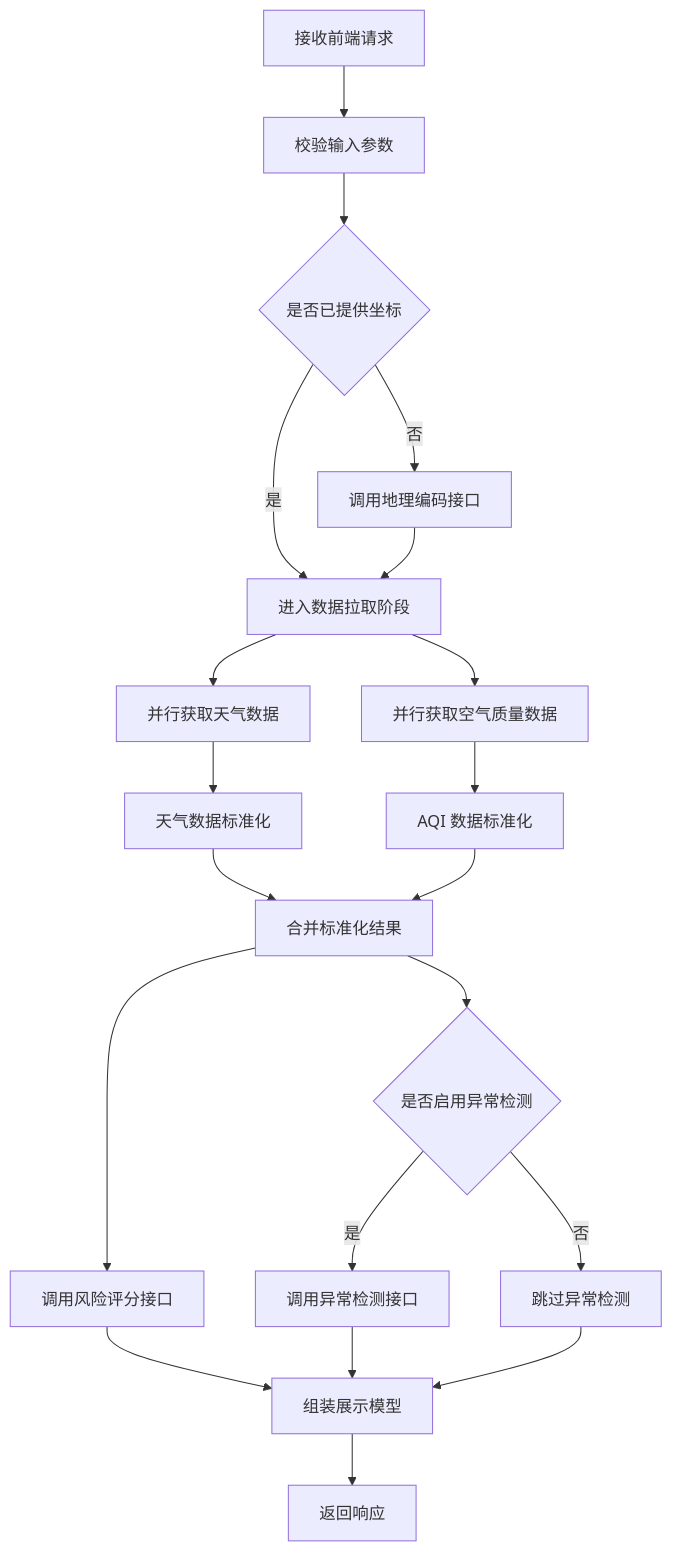
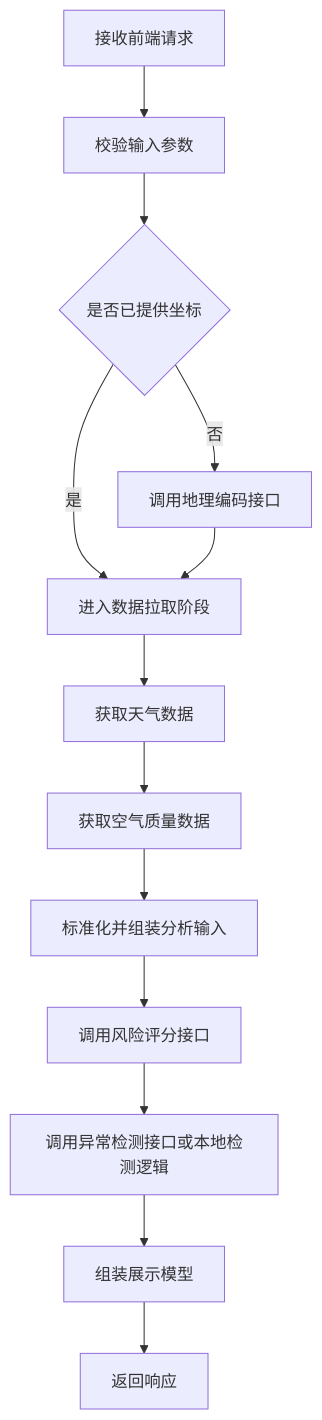
Before and after one commit to Ashleyjys/job: the diagram in docs/05-workflow-design.md, drawn with Mermaid. The commit also changed other lines of this file and 4 other files, not shown here.

````diff
--- a/docs/05-workflow-design.md
+++ b/docs/05-workflow-design.md
@@ -29,22 +42,15 @@
 ```mermaid
 flowchart TD
     A[接收前端请求] --> B[校验输入参数]
     B --> C{是否已提供坐标}
     C -- 否 --> D[调用地理编码接口]
     C -- 是 --> E[进入数据拉取阶段]
     D --> E
-    E --> F[并行获取天气数据]
-    E --> G[并行获取空气质量数据]
-    F --> H[天气数据标准化]
-    G --> I[AQI 数据标准化]
-    H --> J[合并标准化结果]
-    I --> J
-    J --> K[调用风险评分接口]
-    J --> L{是否启用异常检测}
-    L -- 是 --> M[调用异常检测接口]
-    L -- 否 --> N[跳过异常检测]
-    K --> O[组装展示模型]
-    M --> O
-    N --> O
-    O --> P[返回响应]
+    E --> F[获取天气数据]
+    F --> G[获取空气质量数据]
+    G --> H[标准化并组装分析输入]
+    H --> I[调用风险评分接口]
+    I --> J[调用异常检测接口或本地检测逻辑]
+    J --> K[组装展示模型]
+    K --> L[返回响应]
 ```
````
